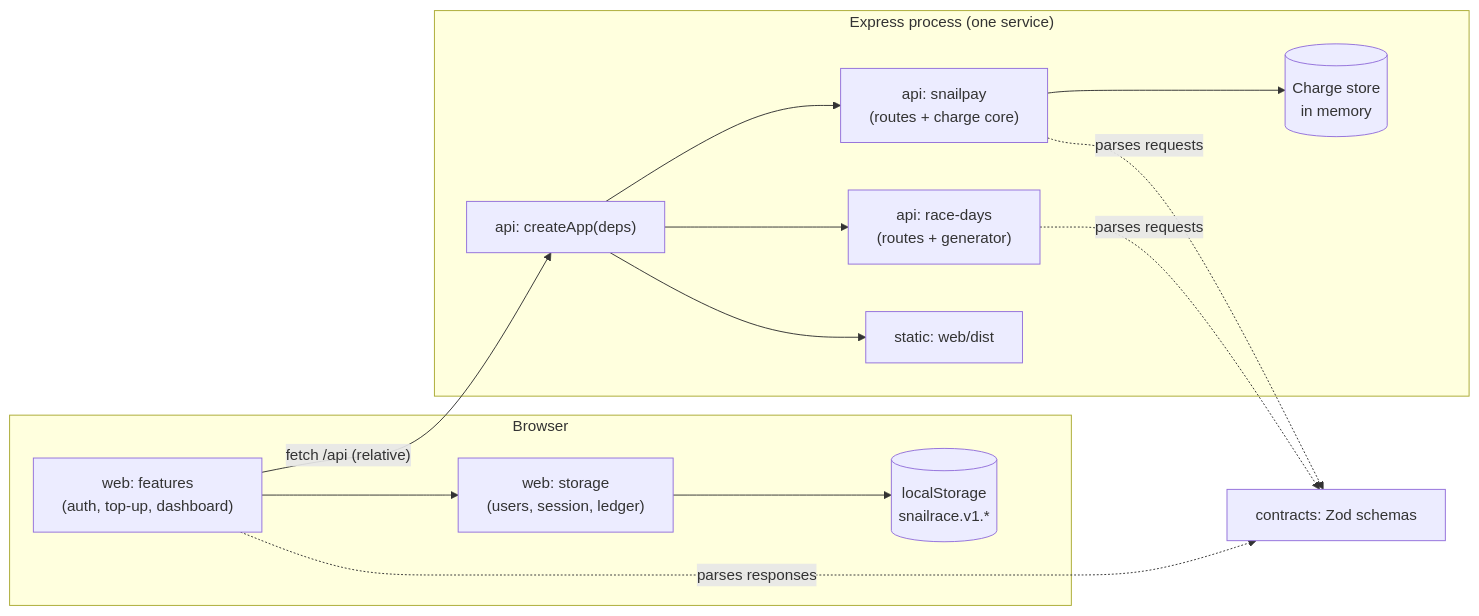
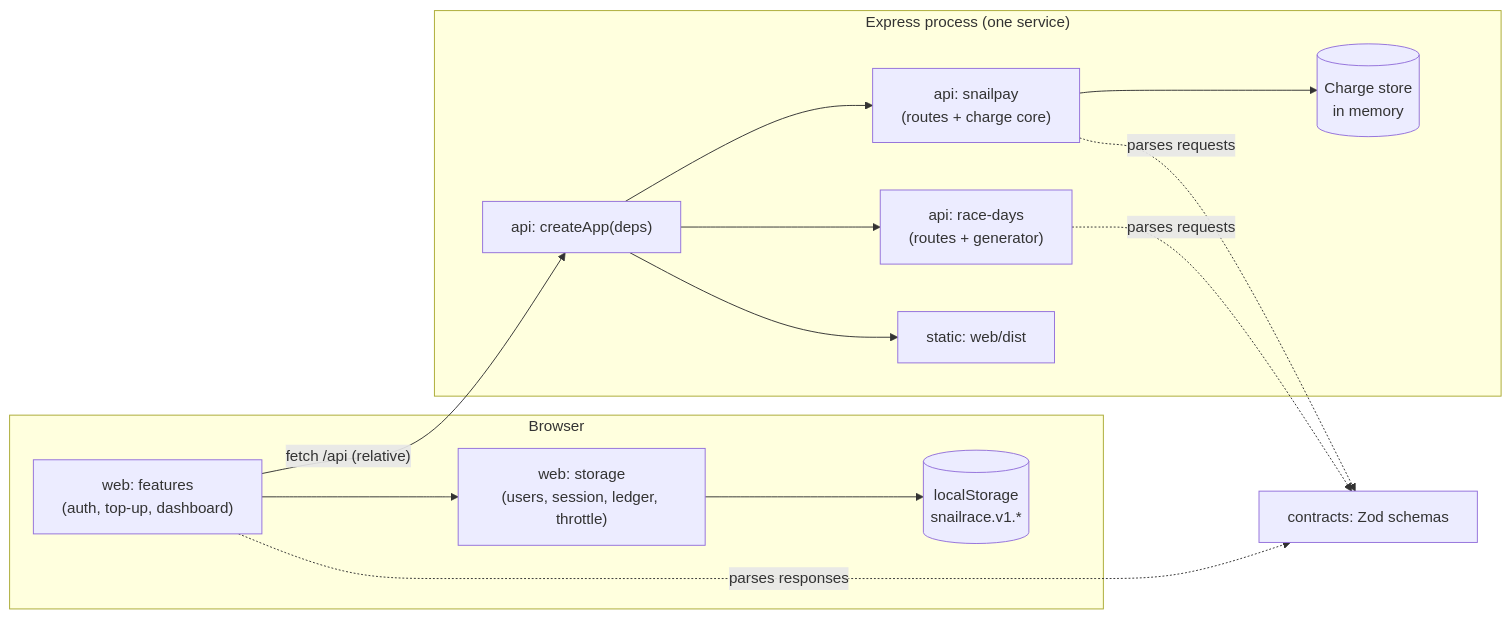
One commit to TadeoOL/tadeo-5396 changed the diagram in docs/architecture.md. Above: the diagram before and after it, drawn with Mermaid. The commit also changed other lines of this file and 3 other files, not shown here.

````diff
--- a/docs/architecture.md
+++ b/docs/architecture.md
@@ -9,26 +9,26 @@
 ```mermaid
 flowchart LR
   subgraph Browser
     UI["web: features<br/>(auth, top-up, dashboard)"]
-    ST["web: storage<br/>(users, session, ledger)"]
+    ST["web: storage<br/>(users, session, ledger, throttle)"]
     LS[("localStorage<br/>snailrace.v1.*")]
     UI --> ST --> LS
   end
 
   subgraph Express["Express process (one service)"]
     APP["api: createApp(deps)"]
     SP["api: snailpay<br/>(routes + charge core)"]
     RD["api: race-days<br/>(routes + generator)"]
     CS[("Charge store<br/>in memory")]
     STATIC["static: web/dist"]
     APP --> SP --> CS
     APP --> RD
     APP --> STATIC
   end
 
   C["contracts: Zod schemas"]
   UI -- "fetch /api (relative)" --> APP
   UI -. parses responses .-> C
   SP -. parses requests .-> C
   RD -. parses requests .-> C
 ```
````
